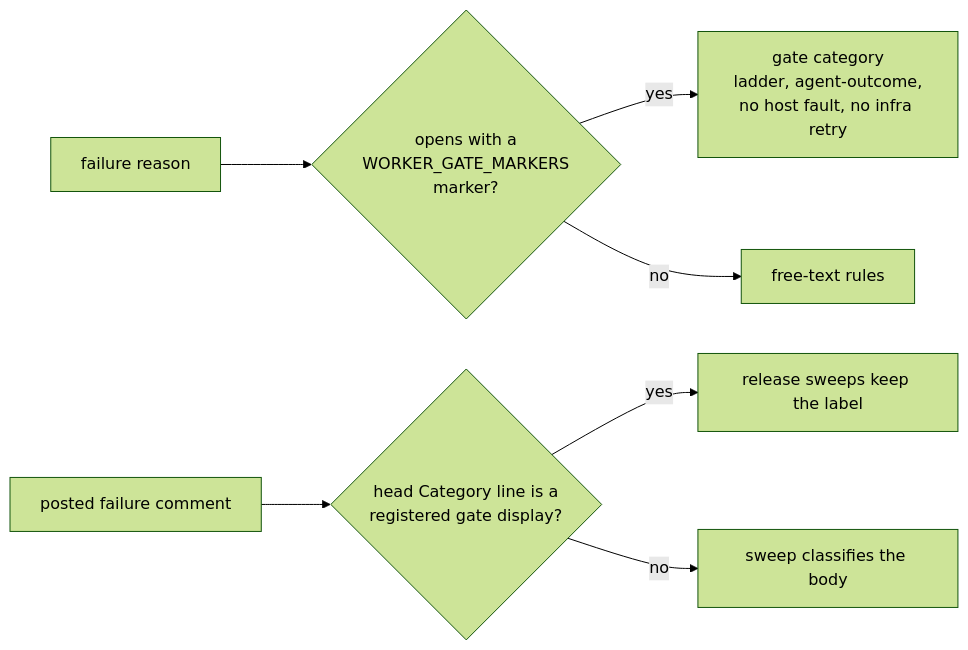
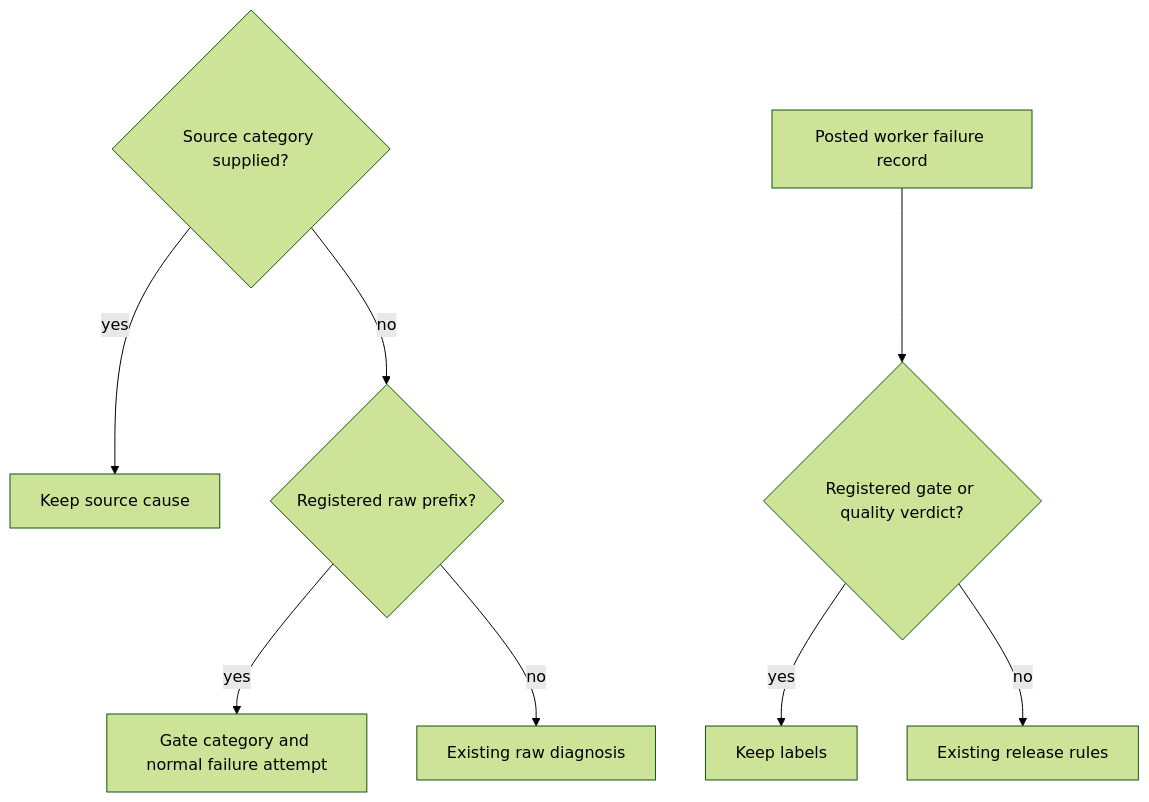
The diagram in docs/archive/pr-summaries/pr-summary-3735.md (stSoftwareAU/VibeCoder), drawn with Mermaid (forest theme) before and after one commit. The commit also changed other lines of this file and 13 other files, not shown here.

````diff
--- a/docs/archive/pr-summaries/pr-summary-3735.md
+++ b/docs/archive/pr-summaries/pr-summary-3735.md
@@ -84,9 +62,10 @@
 ```mermaid
-flowchart LR
-    R[failure reason] --> M{opens with a<br/>WORKER_GATE_MARKERS<br/>marker?}
-    M -- yes --> G[gate category<br/>ladder, agent-outcome,<br/>no host fault, no infra retry]
-    M -- no --> F[free-text rules]
-    C[posted failure comment] --> H{head Category line is a<br/>registered gate display?}
-    H -- yes --> K[release sweeps keep the label]
-    H -- no --> S[sweep classifies the body]
+flowchart TD
+    D{Source category supplied?} -->|yes| S[Keep source cause]
+    D -->|no| R{Registered raw prefix?}
+    R -->|yes| G[Gate category and normal failure attempt]
+    R -->|no| F[Existing raw diagnosis]
+    C[Posted worker failure record] --> H{Registered gate or quality verdict?}
+    H -->|yes| K[Keep labels]
+    H -->|no| L[Existing release rules]
 ```
````
